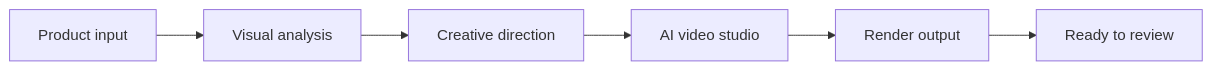
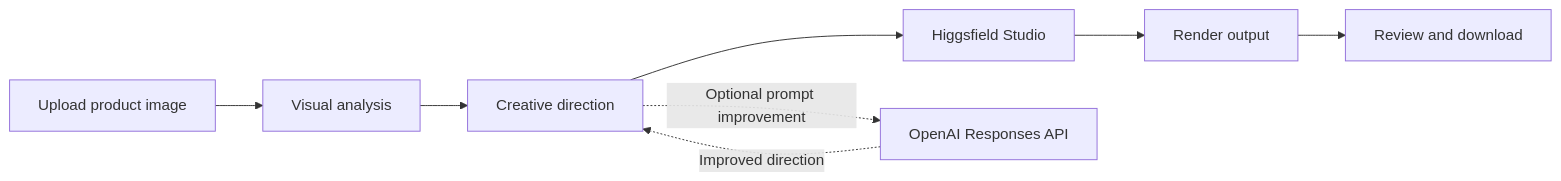
Before and after one commit to rajvictor1/voomara-ugc-ads: the first of 2 diagrams in README.md, drawn with Mermaid. The commit also changed other lines of this file and 20 other files, not shown here.

Commit message:
Add real Higgsfield workflow architecture

````diff
--- a/README.md
+++ b/README.md
@@ -71,8 +44,10 @@
 ```mermaid
 flowchart LR
-    A["Product input"] --> B["Visual analysis"]
+    A["Upload product image"] --> B["Visual analysis"]
     B --> C["Creative direction"]
-    C --> D["AI video studio"]
+    C --> D["Higgsfield Studio"]
     D --> E["Render output"]
-    E --> F["Ready to review"]
+    E --> F["Review and download"]
+    C -. "Optional prompt improvement" .-> O["OpenAI Responses API"]
+    O -. "Improved direction" .-> C
 ```
````
